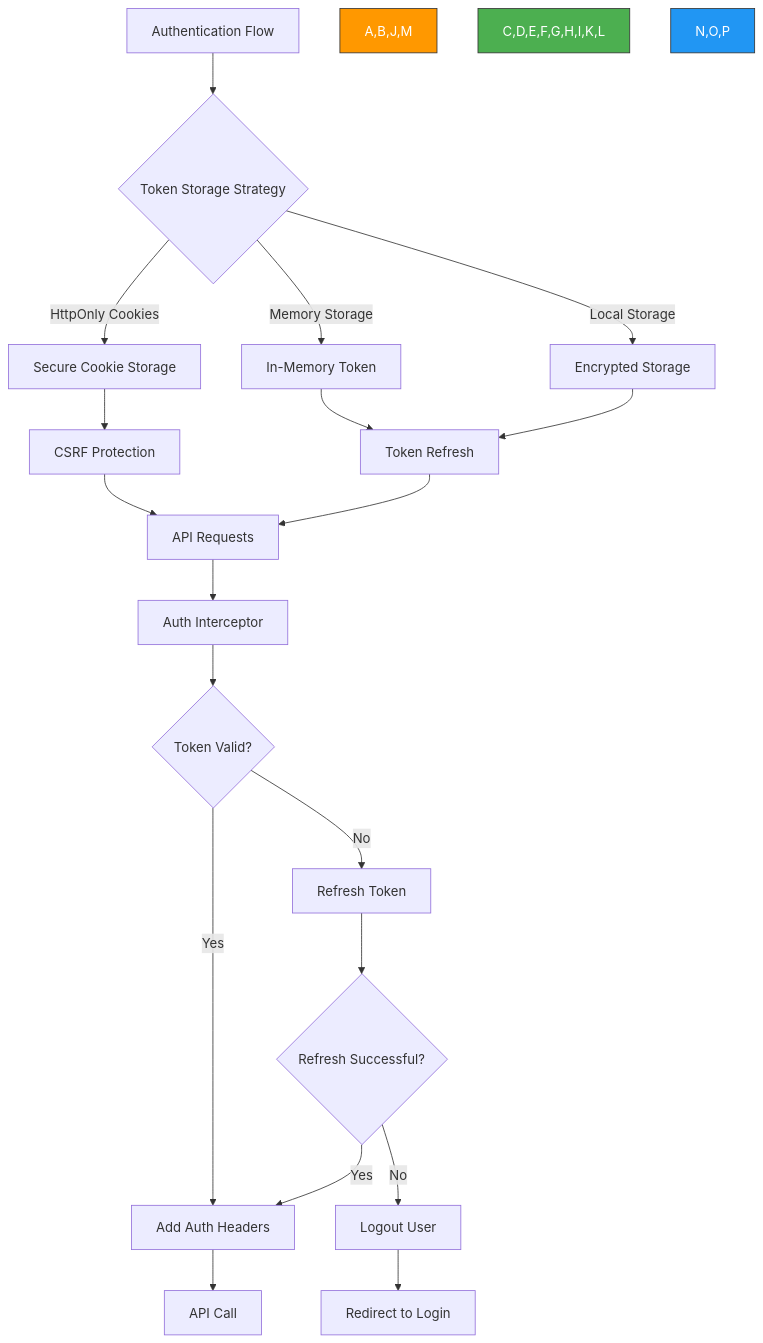
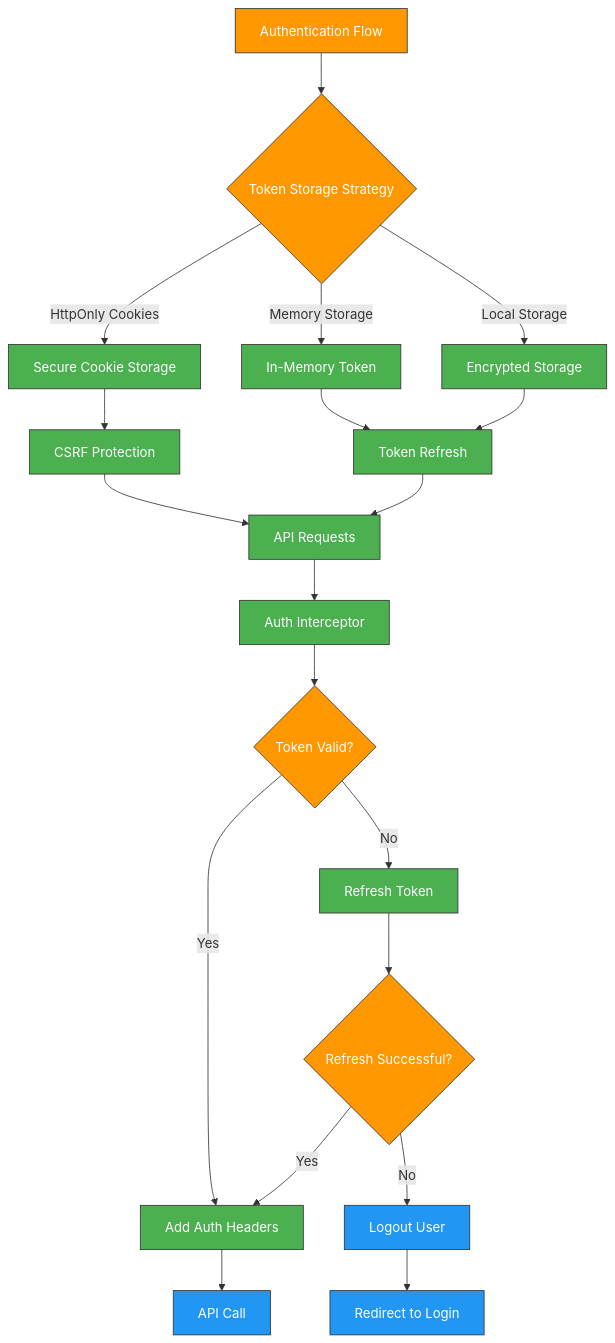
Before and after one commit to TuPhung369/Haaga_Backend_Programming: the seventh of 7 diagrams in TuPhung_Docs/docs/frontend/authentication.md, drawn with Mermaid. The commit also changed other lines of this file and 25 other files, not shown here.

````diff
--- a/TuPhung_Docs/docs/frontend/authentication.md
+++ b/TuPhung_Docs/docs/frontend/authentication.md
@@ -597,32 +601,36 @@
 ```mermaid
 flowchart TD
     A[Authentication Flow] --> B{Token Storage Strategy}
 
     B -->|HttpOnly Cookies| C[Secure Cookie Storage]
     B -->|Memory Storage| D[In-Memory Token]
     B -->|Local Storage| E[Encrypted Storage]
 
     C --> F[CSRF Protection]
     D --> G[Token Refresh]
     E --> G
 
     F --> H[API Requests]
     G --> H
 
     H --> I[Auth Interceptor]
     I --> J{Token Valid?}
 
     J -->|Yes| K[Add Auth Headers]
     J -->|No| L[Refresh Token]
 
     L --> M{Refresh Successful?}
     M -->|Yes| K
     M -->|No| N[Logout User]
 
     K --> O[API Call]
     N --> P[Redirect to Login]
 
-    style A,B,J,M fill:#FF9800,stroke:#333,stroke-width:1px,color:#fff
-    style C,D,E,F,G,H,I,K,L fill:#4CAF50,stroke:#333,stroke-width:1px,color:#fff
-    style N,O,P fill:#2196F3,stroke:#333,stroke-width:1px,color:#fff
+    classDef decision fill:#FF9800,stroke:#333,stroke-width:1px,color:#fff
+    classDef process fill:#4CAF50,stroke:#333,stroke-width:1px,color:#fff
+    classDef action fill:#2196F3,stroke:#333,stroke-width:1px,color:#fff
+
+    class A,B,J,M decision
+    class C,D,E,F,G,H,I,K,L process
+    class N,O,P action
 ```
````
